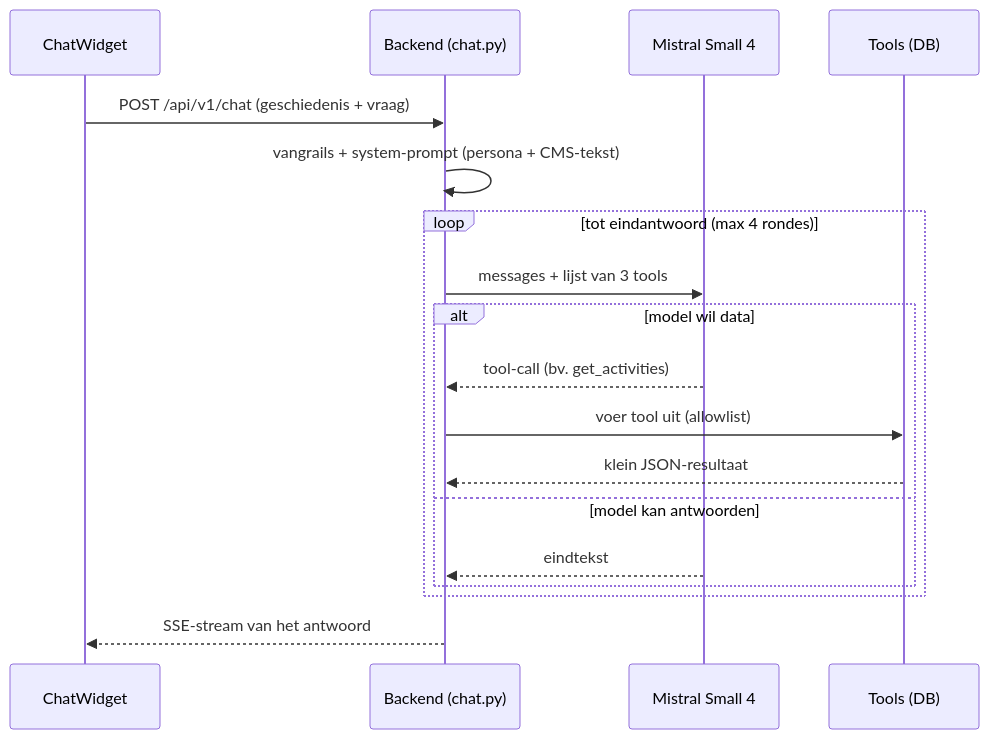
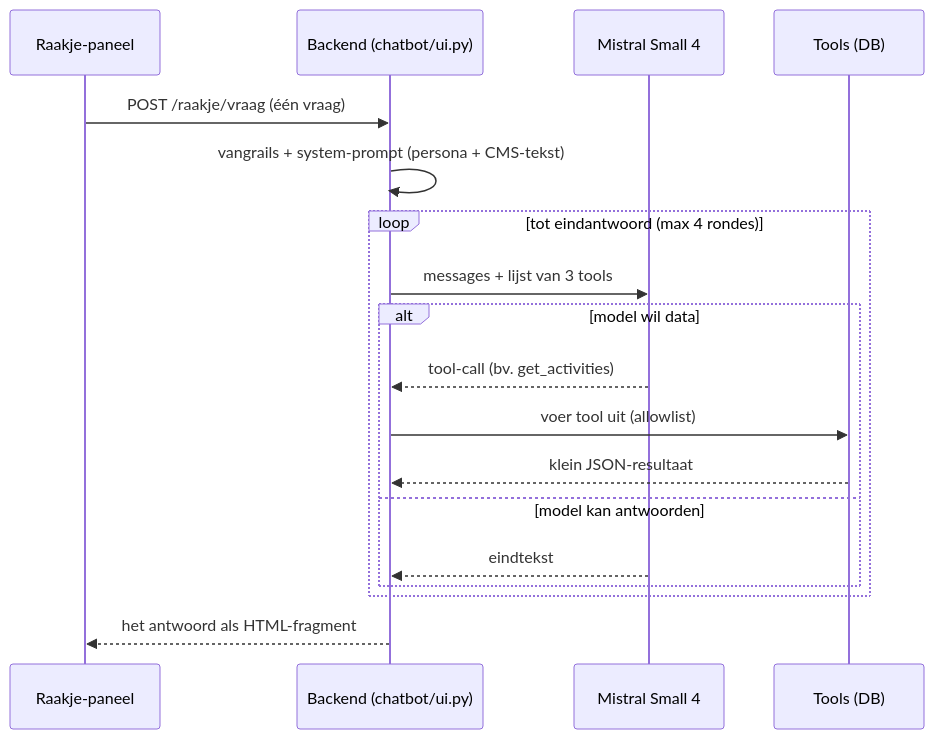
One commit to KoenRenders/KoenTest changed the second of 2 diagrams in docs/chatbot.md. Above: the diagram before and after it, drawn with Mermaid. The commit also changed other lines of this file and 28 other files, not shown here.

````diff
--- a/docs/chatbot.md
+++ b/docs/chatbot.md
@@ -37,20 +44,20 @@
 ```mermaid
 sequenceDiagram
-    participant W as ChatWidget
-    participant R as Backend (chat.py)
+    participant W as Raakje-paneel
+    participant R as Backend (chatbot/ui.py)
     participant L as Mistral Small 4
     participant T as Tools (DB)
-    W->>R: POST /api/v1/chat (geschiedenis + vraag)
+    W->>R: POST /raakje/vraag (één vraag)
     R->>R: vangrails + system-prompt (persona + CMS-tekst)
     loop tot eindantwoord (max 4 rondes)
         R->>L: messages + lijst van 3 tools
         alt model wil data
             L-->>R: tool-call (bv. get_activities)
             R->>T: voer tool uit (allowlist)
             T-->>R: klein JSON-resultaat
         else model kan antwoorden
             L-->>R: eindtekst
         end
     end
-    R-->>W: SSE-stream van het antwoord
+    R-->>W: het antwoord als HTML-fragment
 ```
````
